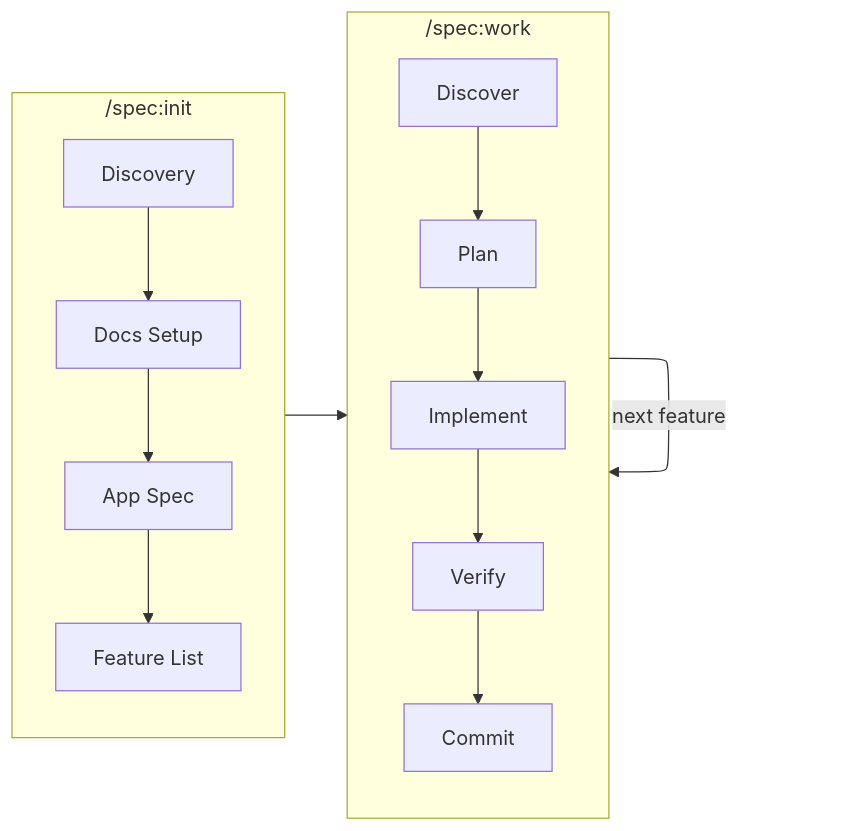
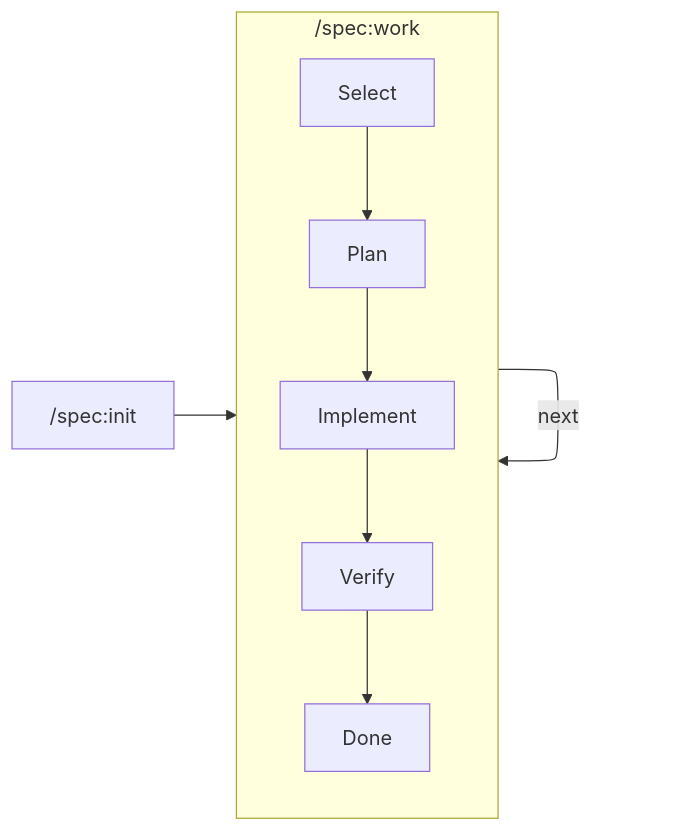
Before and after one commit to alexei-led/claude-code-config: the second of 2 diagrams in GUIDE.md, drawn with Mermaid. The commit also changed other lines of this file and 2 other files, not shown here.

Commit message:
docs: update for simplified spec system

````diff
--- a/GUIDE.md
+++ b/GUIDE.md
@@ -452,18 +161,12 @@
 ```mermaid
 flowchart LR
-    subgraph Init["/spec:init"]
-        I1[Discovery] --> I2[Docs Setup]
-        I2 --> I3[App Spec]
-        I3 --> I4[Feature List]
+    subgraph Work["/spec:work"]
+        W1[Select] --> W2[Plan]
+        W2 --> W3[Implement]
+        W3 --> W4[Verify]
+        W4 --> W5[Done]
     end
 
-    subgraph Work["/spec:work"]
-        W1[Discover] --> W2[Plan]
-        W2 --> W3[Implement]
-        W3 --> W4[Verify]
-        W4 --> W5[Commit]
-    end
-
-    Init --> Work
-    Work --> |next feature| Work
+    Init["/spec:init"] --> Work
+    Work --> |next| Work
 ```
````
